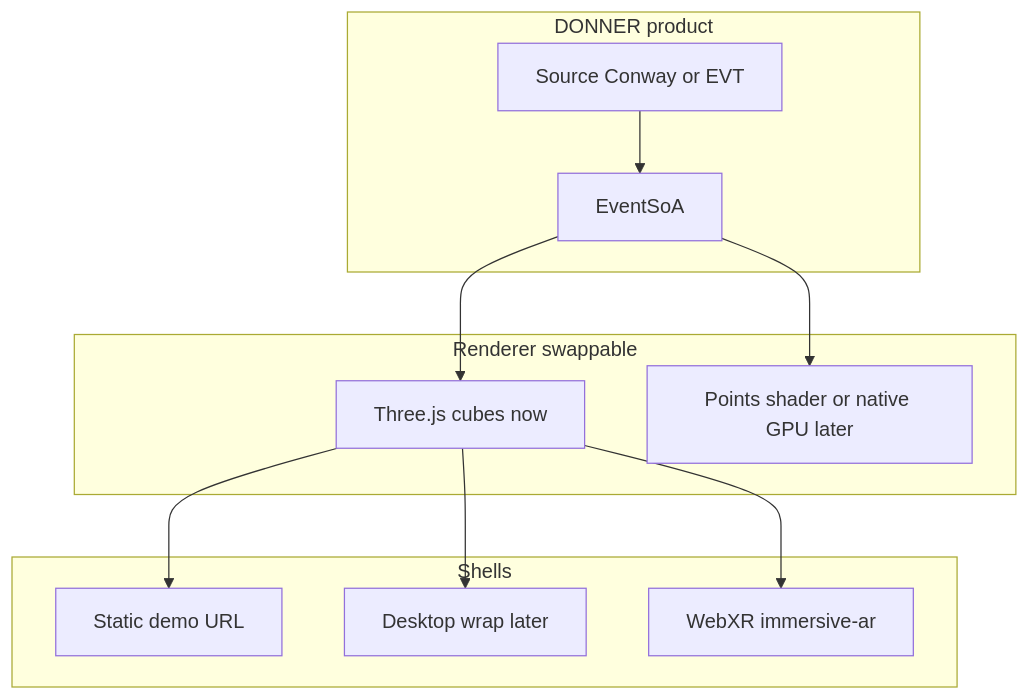
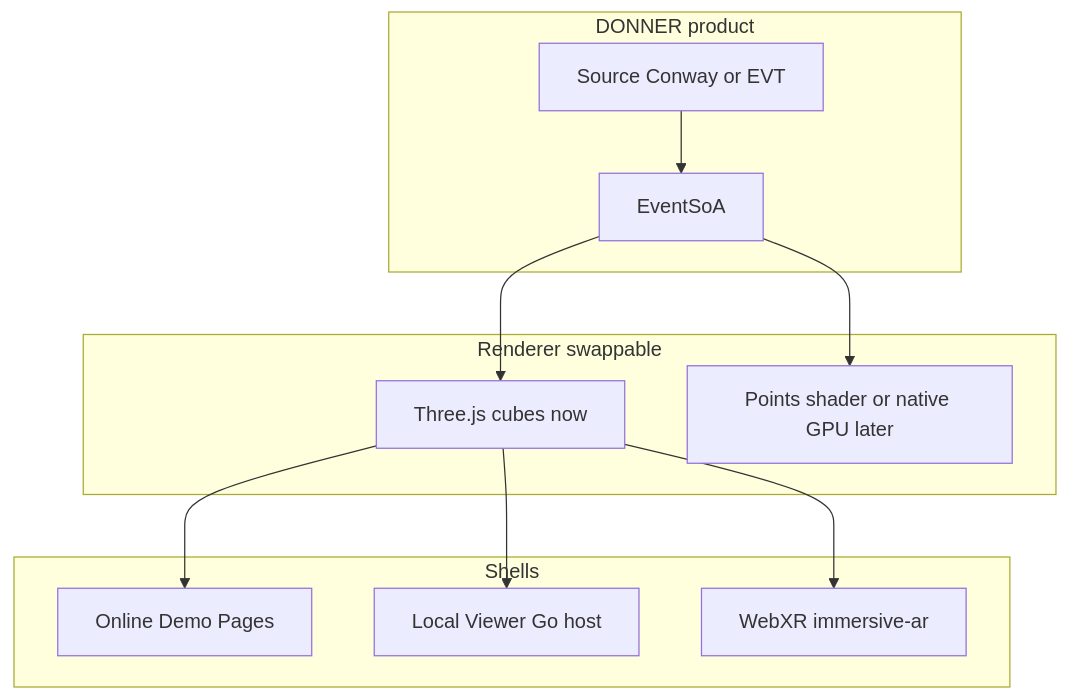
One commit to PiMaV/DONNER changed diagram 29 of 39 in architecture.md. Above: the diagram before and after it, drawn with Mermaid. The commit also changed other lines of this file and 38 other files, not shown here.

First line of the commit message:
Ship DONNER 1.1.0 with Local Viewer binaries and Online Demo vs work-tool chrome.

````diff
--- a/architecture.md
+++ b/architecture.md
@@ -981,22 +1032,22 @@
 ```mermaid
 flowchart TB
   subgraph product [DONNER product]
     src[Source Conway or EVT]
     soa[EventSoA]
   end
   subgraph engine [Renderer swappable]
     three[Three.js cubes now]
     later[Points shader or native GPU later]
   end
   subgraph shells [Shells]
-    demo[Static demo URL]
-    desk[Desktop wrap later]
+    demo[Online Demo Pages]
+    local[Local Viewer Go host]
     xr[WebXR immersive-ar]
   end
   src --> soa
   soa --> three
   soa --> later
   three --> demo
-  three --> desk
+  three --> local
   three --> xr
 ```
````
